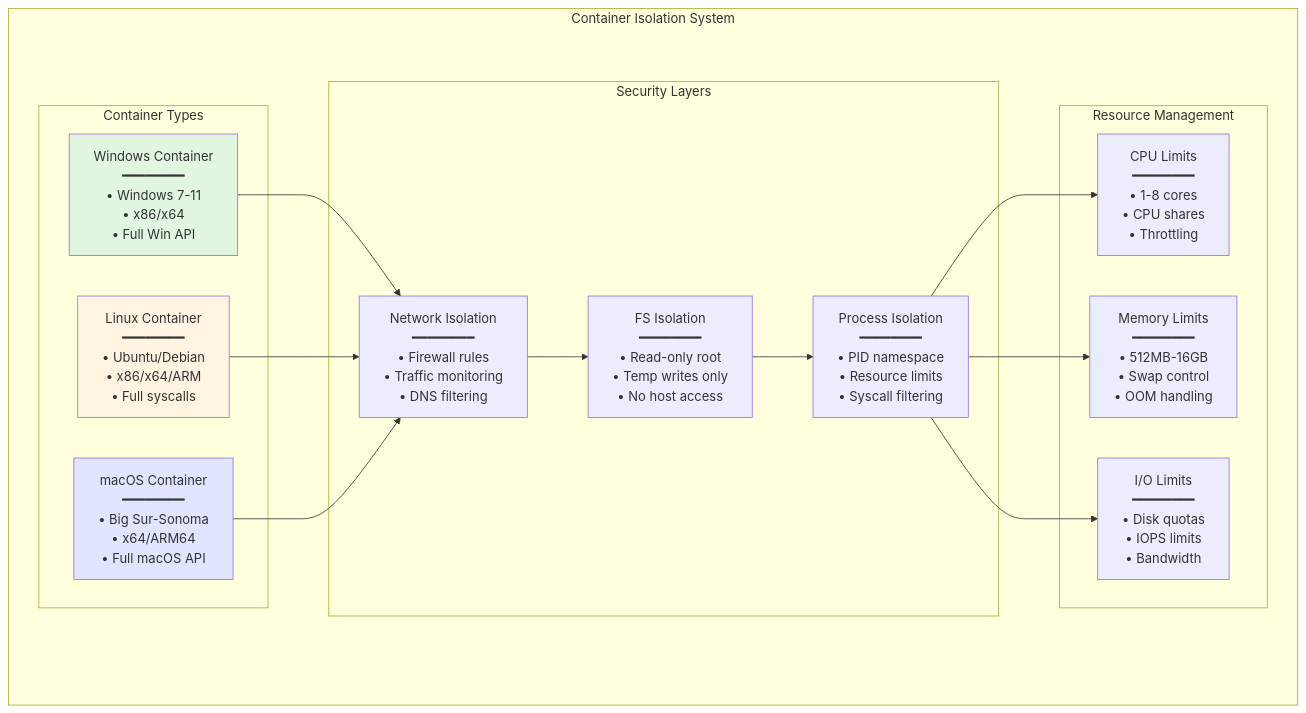
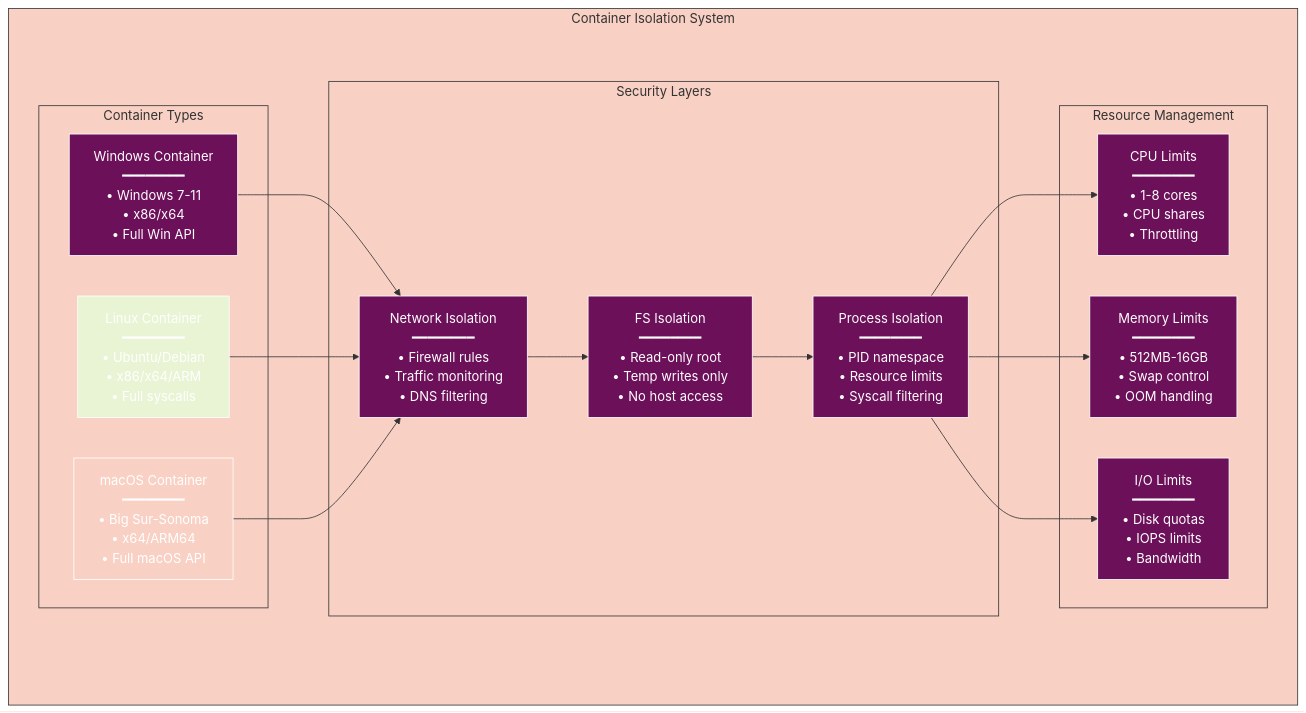
One commit to radicalkjax/Athena changed the seventh of 16 diagrams in docs/USER_GUIDE.md. Above: the diagram before and after it, drawn with Mermaid. The commit also changed other lines of this file and 27 other files, not shown here.

Commit message:
Introduction of expo package manager. Updated docs to reflect changes. Unified mermaid theme for docs.

````diff
--- a/docs/USER_GUIDE.md
+++ b/docs/USER_GUIDE.md
@@ -642,43 +687,64 @@
 ```mermaid
+%%{init: {
+  'theme': 'base',
+  'themeVariables': {
+    'primaryColor': '#6d105a',
+    'primaryTextColor': '#ffffff',
+    'primaryBorderColor': '#ffffff',
+    'lineColor': '#333333',
+    'secondaryColor': '#e8f4d4',
+    'secondaryTextColor': '#333333',
+    'secondaryBorderColor': '#333333',
+    'tertiaryColor': '#f9d0c4',
+    'tertiaryTextColor': '#333333',
+    'tertiaryBorderColor': '#333333',
+    'background': '#ffffff',
+    'mainBkg': '#6d105a',
+    'secondBkg': '#e8f4d4',
+    'tertiaryBkg': '#f9d0c4',
+    'textColor': '#333333',
+    'fontFamily': 'Arial, sans-serif'
+  }
+}}%%
 graph TB
     subgraph "Container Isolation System"
         subgraph "Container Types"
             Windows[Windows Container<br/>━━━━━━━━<br/>• Windows 7-11<br/>• x86/x64<br/>• Full Win API]
             
             Linux[Linux Container<br/>━━━━━━━━<br/>• Ubuntu/Debian<br/>• x86/x64/ARM<br/>• Full syscalls]
             
             macOS[macOS Container<br/>━━━━━━━━<br/>• Big Sur-Sonoma<br/>• x64/ARM64<br/>• Full macOS API]
         end
         
         subgraph "Security Layers"
             Network[Network Isolation<br/>━━━━━━━━<br/>• Firewall rules<br/>• Traffic monitoring<br/>• DNS filtering]
             
             FileSystem[FS Isolation<br/>━━━━━━━━<br/>• Read-only root<br/>• Temp writes only<br/>• No host access]
             
             Process[Process Isolation<br/>━━━━━━━━<br/>• PID namespace<br/>• Resource limits<br/>• Syscall filtering]
         end
         
         subgraph "Resource Management"
             CPU[CPU Limits<br/>━━━━━━━━<br/>• 1-8 cores<br/>• CPU shares<br/>• Throttling]
             
             Memory[Memory Limits<br/>━━━━━━━━<br/>• 512MB-16GB<br/>• Swap control<br/>• OOM handling]
             
             IO[I/O Limits<br/>━━━━━━━━<br/>• Disk quotas<br/>• IOPS limits<br/>• Bandwidth]
         end
     end
     
     Windows --> Network
     Linux --> Network
     macOS --> Network
     
     Network --> FileSystem
     FileSystem --> Process
     
     Process --> CPU
     Process --> Memory
     Process --> IO
     
-    style Windows fill:#e1f5e1
-    style Linux fill:#fff4e1
-    style macOS fill:#e1e5ff
+    style Windows fill:#6d105a
+    style Linux fill:#e8f4d4
+    style macOS fill:#f9d0c4
 ```
````
